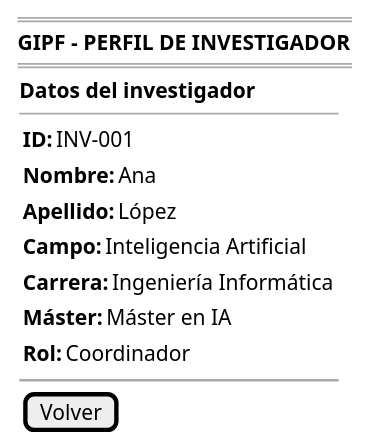
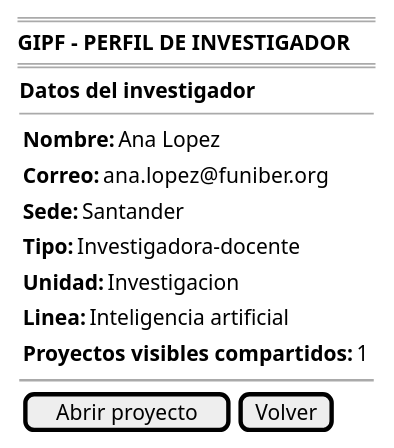
The diagram in RUP/00-casos-uso/02-detalle/investigador/abrirInvestigador/prototipo.puml (beatriizorozco/25-26-idsw2-sdVC), drawn with PlantUML before and after one commit. The commit also changed 41 other files, not shown here.

```diff
--- a/RUP/00-casos-uso/02-detalle/investigador/abrirInvestigador/prototipo.puml
+++ b/RUP/00-casos-uso/02-detalle/investigador/abrirInvestigador/prototipo.puml
@@ -1,24 +1,22 @@
 @startsalt abrirInvestigador-wireframe
 {
     ====
     <b>GIPF - PERFIL DE INVESTIGADOR</b>
     ====
     {
         <b>Datos del investigador</b>
         --
         {
-            {<b>ID:</b>        | INV-001}
-            {<b>Nombre:</b>    | Ana}
-            {<b>Apellido:</b>  | López}
-            {<b>Campo:</b>     | Inteligencia Artificial}
-            {<b>Carrera:</b>   | Ingeniería Informática}
-            {<b>Máster:</b>    | Máster en IA}
-            {<b>Rol:</b>    | Coordinador}
+            {<b>Nombre:</b> | Ana Lopez}
+            {<b>Correo:</b> | ana.lopez@funiber.org}
+            {<b>Sede:</b> | Santander}
+            {<b>Tipo:</b> | Investigadora-docente}
+            {<b>Unidad:</b> | Investigacion}
+            {<b>Linea:</b> | Inteligencia artificial}
+            {<b>Proyectos visibles compartidos:</b> | 1}
         }
-
         ~~
-
-        {[Volver]}
+        {[Abrir proyecto] | [Volver]}
     }
 }
 @endsalt
```
